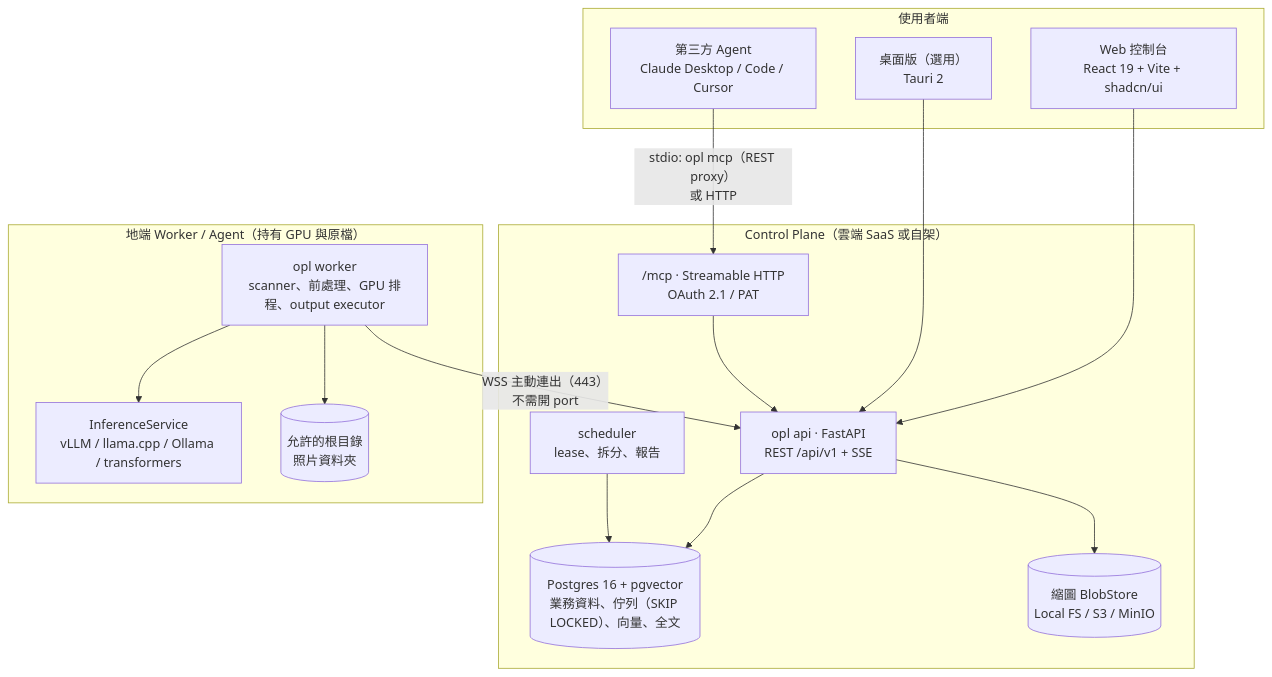
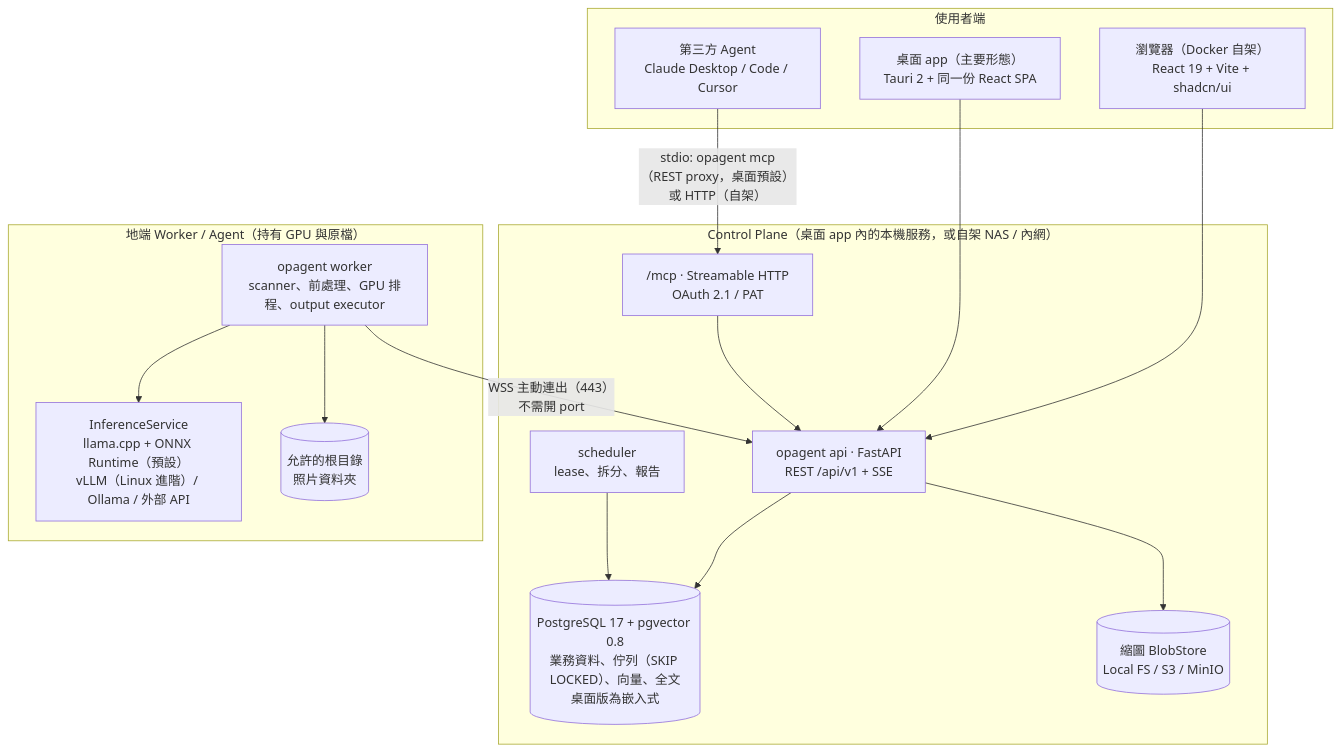
Before and after one commit to romanticamaj/openphotoagent: the second of 2 diagrams in docs/00-master-plan.md, drawn with Mermaid. The commit also changed other lines of this file and 13 other files, not shown here.

First line of the commit message:
docs: feature coverage review; reconcile specs, roadmap, CLI name opagent

````diff
--- a/docs/00-master-plan.md
+++ b/docs/00-master-plan.md
@@ -62,28 +69,28 @@
 ```mermaid
 flowchart TB
   subgraph Clients["使用者端"]
-    WEB["Web 控制台<br/>React 19 + Vite + shadcn/ui"]
-    TAURI["桌面版（選用）<br/>Tauri 2"]
+    TAURI["桌面 app（主要形態）<br/>Tauri 2 + 同一份 React SPA"]
+    WEB["瀏覽器（Docker 自架）<br/>React 19 + Vite + shadcn/ui"]
     MCPC["第三方 Agent<br/>Claude Desktop / Code / Cursor"]
   end
-  subgraph CP["Control Plane（雲端 SaaS 或自架）"]
-    API["opl api · FastAPI<br/>REST /api/v1 + SSE"]
+  subgraph CP["Control Plane（桌面 app 內的本機服務，或自架 NAS / 內網）"]
+    API["opagent api · FastAPI<br/>REST /api/v1 + SSE"]
     MCPS["/mcp · Streamable HTTP<br/>OAuth 2.1 / PAT"]
     SCH["scheduler<br/>lease、拆分、報告"]
-    PG[("Postgres 16 + pgvector<br/>業務資料、佇列（SKIP LOCKED）、向量、全文")]
+    PG[("PostgreSQL 17 + pgvector 0.8<br/>業務資料、佇列（SKIP LOCKED）、向量、全文<br/>桌面版為嵌入式")]
     BLOB[("縮圖 BlobStore<br/>Local FS / S3 / MinIO")]
   end
   subgraph Edge["地端 Worker / Agent（持有 GPU 與原檔）"]
-    W["opl worker<br/>scanner、前處理、GPU 排程、output executor"]
-    INF["InferenceService<br/>vLLM / llama.cpp / Ollama / transformers"]
+    W["opagent worker<br/>scanner、前處理、GPU 排程、output executor"]
+    INF["InferenceService<br/>llama.cpp + ONNX Runtime（預設）<br/>vLLM（Linux 進階）/ Ollama / 外部 API"]
     FS[("允許的根目錄<br/>照片資料夾")]
   end
   WEB & TAURI --> API
-  MCPC -- "stdio: opl mcp（REST proxy）<br/>或 HTTP" --> MCPS
+  MCPC -- "stdio: opagent mcp（REST proxy，桌面預設）<br/>或 HTTP（自架）" --> MCPS
   MCPS --> API
   API --> PG & BLOB
   SCH --> PG
   W -- "WSS 主動連出（443）<br/>不需開 port" --> API
   W --> INF
   W --> FS
 ```
````
